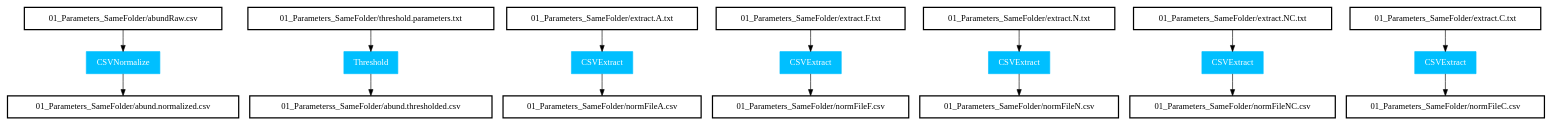
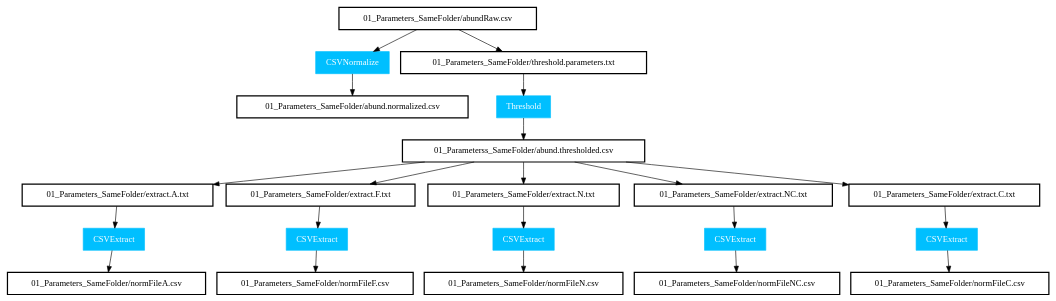
One commit to movingpictures83/PipeViz changed the diagram in 01_Parameters_SameFolder/mockup.gv. Above: the diagram before and after it, drawn with Graphviz.

```diff
--- a/01_Parameters_SameFolder/mockup.gv
+++ b/01_Parameters_SameFolder/mockup.gv
@@ -1,60 +1,65 @@
-digraph Parameters_SameFolder {
+digraph Basic_DifferentFolder {
     
     
 	node [style=bold, shape=box];
 	a[label="01_Parameters_SameFolder/abundRaw.csv"];
 	b[label="CSVNormalize", color=deepskyblue, style=filled, fontcolor=white];
 	c[label="01_Parameters_SameFolder/abund.normalized.csv"];
 	
 	d[label="01_Parameters_SameFolder/threshold.parameters.txt"];
 	e[label="Threshold", color=deepskyblue, style=filled, fontcolor=white];
 	f[label="01_Parameterss_SameFolder/abund.thresholded.csv "];
 	
 	
-
 	
 	g[label="01_Parameters_SameFolder/extract.A.txt"];
 	h[label="CSVExtract", color=deepskyblue, style=filled, fontcolor=white];
 	i[label="01_Parameters_SameFolder/normFileA.csv"];
 	
 	j[label="01_Parameters_SameFolder/extract.F.txt"];
 	k[label="CSVExtract", color=deepskyblue, style=filled, fontcolor=white];
-    l[label="01_Parameters_SameFolder/normFileF.csv"];
+	l[label="01_Parameters_SameFolder/normFileF.csv"];
 	
 	m[label="01_Parameters_SameFolder/extract.N.txt"];
 	n[label="CSVExtract", color=deepskyblue, style=filled, fontcolor=white];
-    o[label="01_Parameters_SameFolder/normFileN.csv"];
+	o[label="01_Parameters_SameFolder/normFileN.csv"];
 	
 	p[label="01_Parameters_SameFolder/extract.NC.txt"];
 	q[label="CSVExtract", color=deepskyblue, style=filled, fontcolor=white];
-    r[label="01_Parameters_SameFolder/normFileNC.csv"];
+	r[label="01_Parameters_SameFolder/normFileNC.csv"];
 	
 	s[label="01_Parameters_SameFolder/extract.C.txt"];
 	t[label="CSVExtract", color=deepskyblue, style=filled, fontcolor=white];
-    u[label="01_Parameters_SameFolder/normFileC.csv"];
+	u[label="01_Parameters_SameFolder/normFileC.csv"];
 
 	a -> b;
 	b -> c;
-
+	a -> d;
 	
 	d -> e;
 	e -> f;
 
 	g -> h;
 	h -> i;
 	
-	j -> k;
+    j -> k;
 	k -> l;
 	
 	m -> n;
 	n -> o;
 	
 	p -> q;
 	q -> r;
 	
 	s -> t;
 	t -> u;
-	
-	
+
+f -> g;
+f -> j;
+f -> m;
+f -> p;
+f -> s;
+
+
 
 }
```
